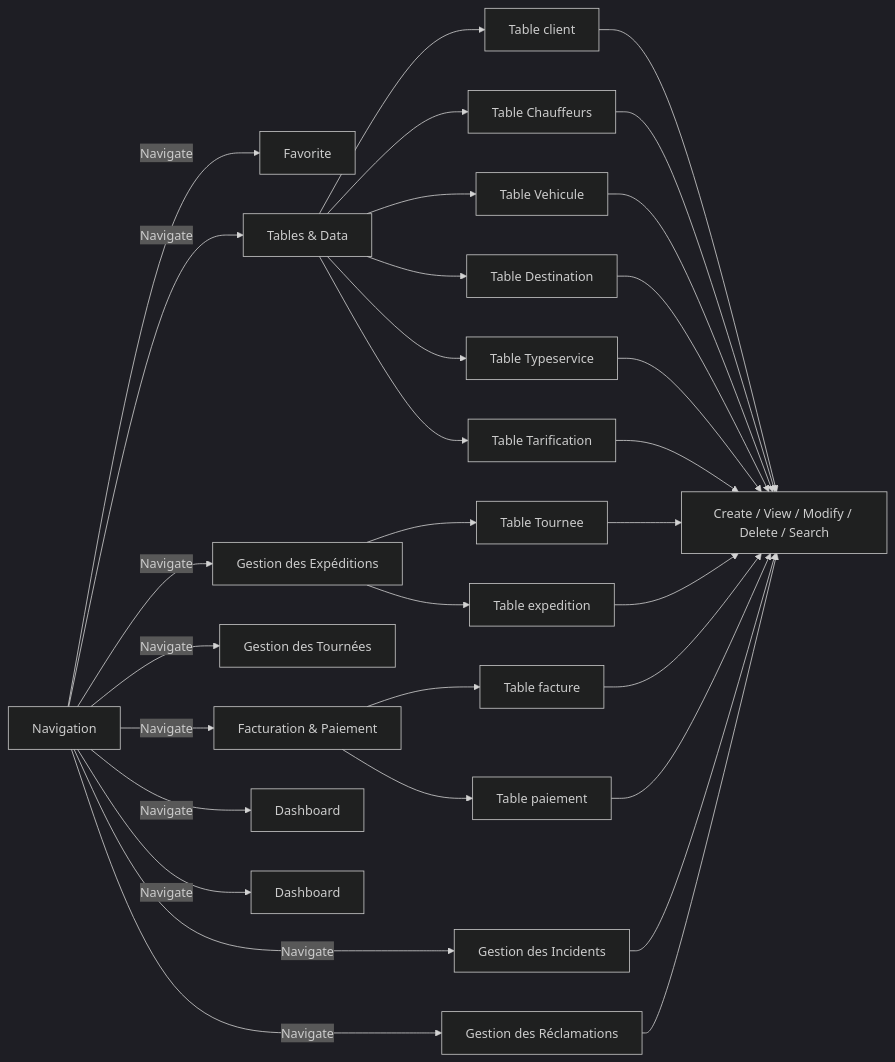
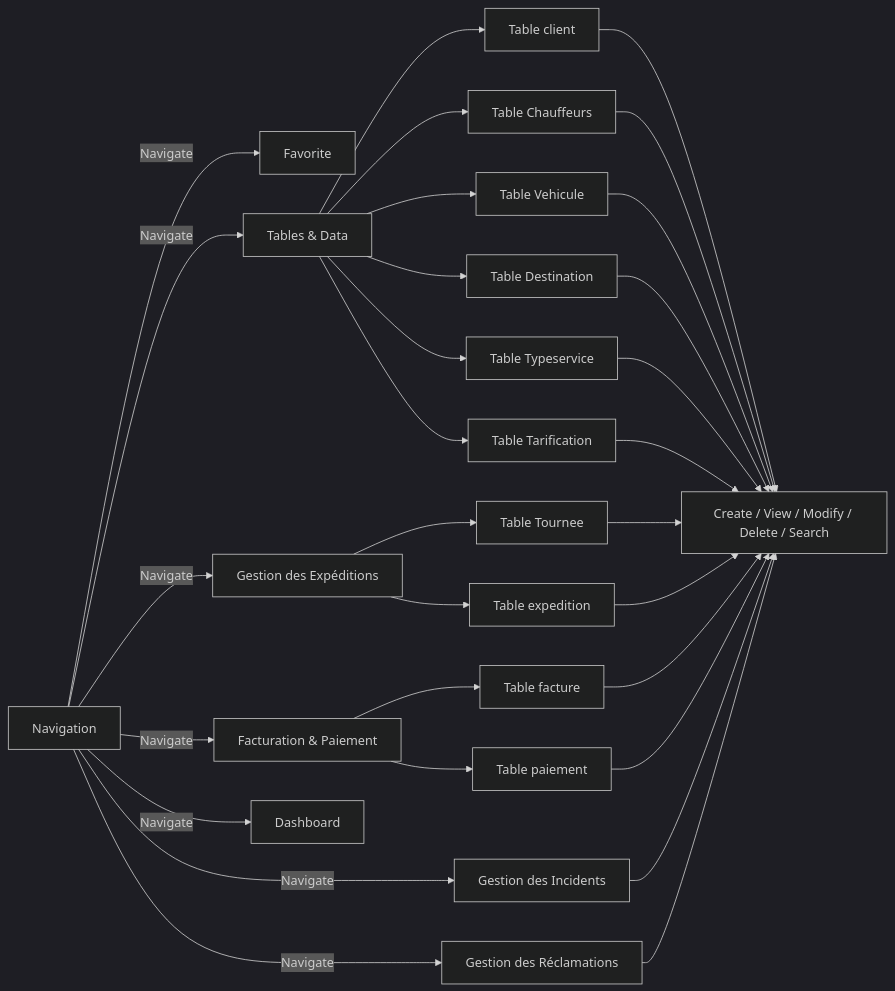
The third of 3 diagrams in README.md (alaa-bsh/transport-management-system), drawn with Mermaid (dark theme) before and after one commit.

````diff
--- a/README.md
+++ b/README.md
@@ -138,35 +138,34 @@
 ```mermaid
 flowchart LR
     Navigation["Navigation"]
     Navigation -->|Navigate| Features["Favorite"]
     Navigation -->|Navigate| TablesData["Tables & Data"]
     Navigation -->|Navigate| Expeditions["Gestion des Expéditions"]
-    Navigation -->|Navigate| Tournees["Gestion des Tournées"]
+
     Navigation -->|Navigate| Facturation["Facturation & Paiement"]
     Navigation -->|Navigate| Incidents["Gestion des Incidents"]
     Navigation -->|Navigate| Reclamations["Gestion des Réclamations"]
-    Navigation -->|Navigate| Analyse["Dashboard"]
     TablesData --> Client[Table client]
     TablesData --> Chauffeurs[Table Chauffeurs]
     TablesData --> Vehicule[Table Vehicule]
     TablesData --> Destination[Table Destination]
     TablesData --> Typeservice[Table Typeservice]
     TablesData --> Tarification[Table Tarification]
     Client --> Ops
     Chauffeurs --> Ops
     Vehicule --> Ops
     Destination --> Ops
     Typeservice --> Ops
     Tarification --> Ops
     Expeditions --> expedition[Table expedition]
     Expeditions --> Tournee[Table Tournee]
     Tournee --> Ops["Create / View / Modify / Delete / Search"]
     expedition --> Ops["Create / View / Modify / Delete / Search"]
     Facturation --> facture[Table facture]
     Facturation --> paiement[Table paiement]
     facture --> Ops
     paiement --> Ops
     Incidents --> Ops
     Reclamations --> Ops
     Navigation --> |Navigate|Dashboard[Dashboard]
 ```
````
